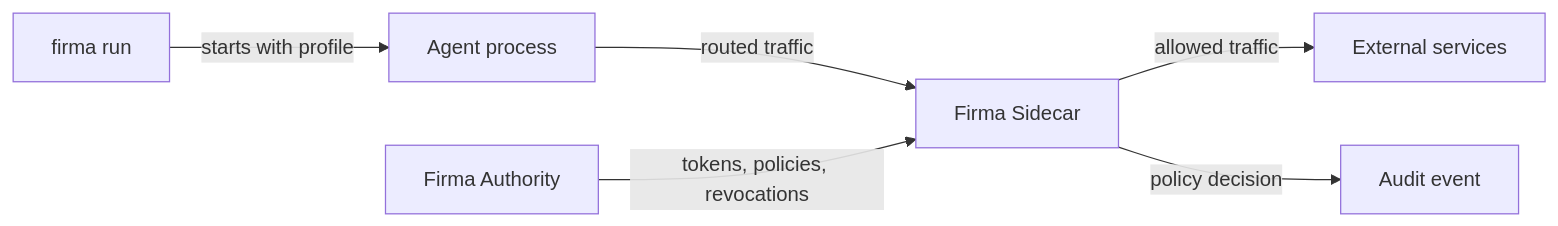
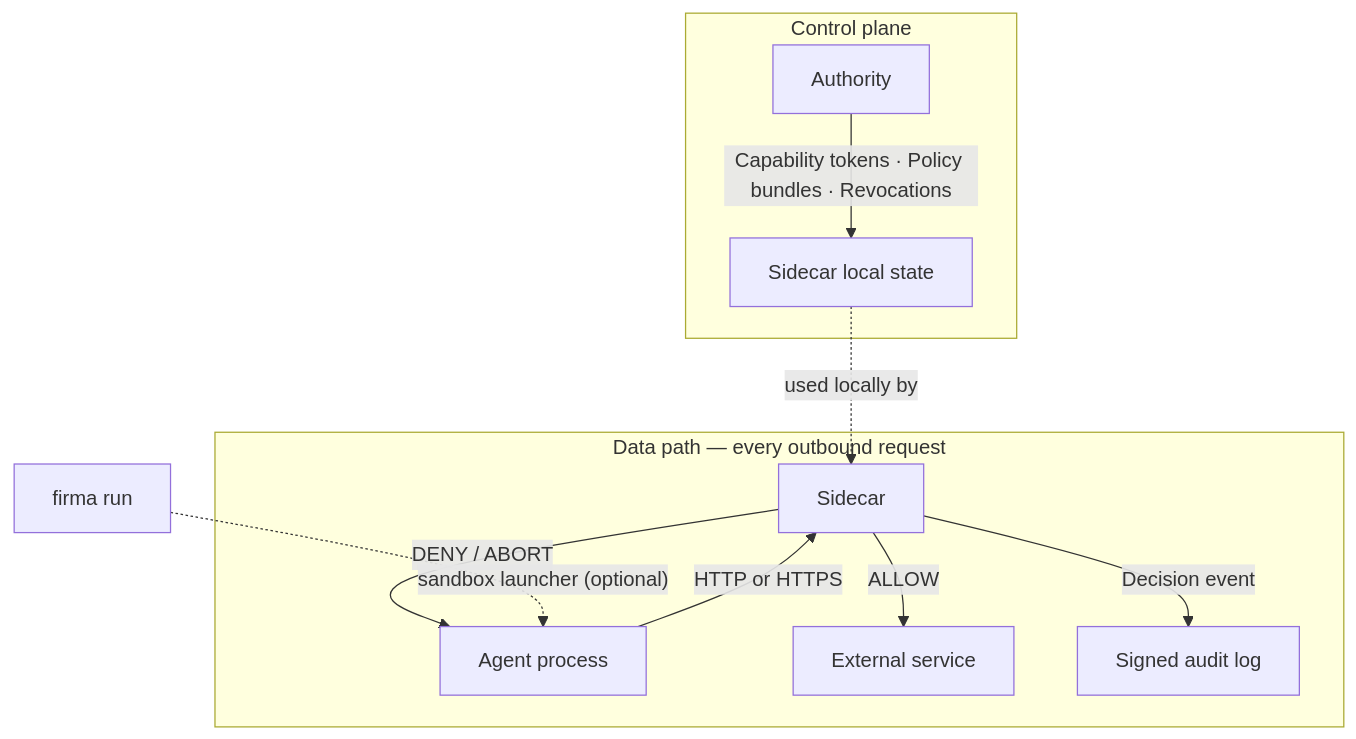
One commit to Firma-AI/openfirma changed the diagram in README.md. Above: the diagram before and after it, drawn with Mermaid. The commit also changed other lines of this file, not shown here.

````diff
--- a/README.md
+++ b/README.md
@@ -63,15 +193,22 @@
 ```mermaid
-flowchart LR
-    Run["firma run"]
-    Agent["Agent process"]
-    Sidecar["Firma Sidecar"]
-    Authority["Firma Authority"]
-    External["External services"]
-    Audit["Audit event"]
+flowchart TB
+    subgraph controlPlane["Control plane"]
+        authority["Authority"]
+        state["Sidecar local state"]
+        authority -->|"Capability tokens · Policy bundles · Revocations"| state
+    end
 
-    Run -->|"starts with profile"| Agent
-    Agent -->|"routed traffic"| Sidecar
-    Authority -->|"tokens, policies, revocations"| Sidecar
-    Sidecar -->|"allowed traffic"| External
-    Sidecar -->|"policy decision"| Audit
+    subgraph dataPath["Data path — every outbound request"]
+        agent["Agent process"]
+        sidecar["Sidecar"]
+        upstream["External service"]
+        audit["Signed audit log"]
+        agent -->|"HTTP or HTTPS"| sidecar
+        sidecar -->|"ALLOW"| upstream
+        sidecar -->|"DENY / ABORT"| agent
+        sidecar -->|"Decision event"| audit
+    end
+
+    firmaRun["firma run"] -. "sandbox launcher (optional)" .-> agent
+    state -. "used locally by" .-> sidecar
 ```
````
